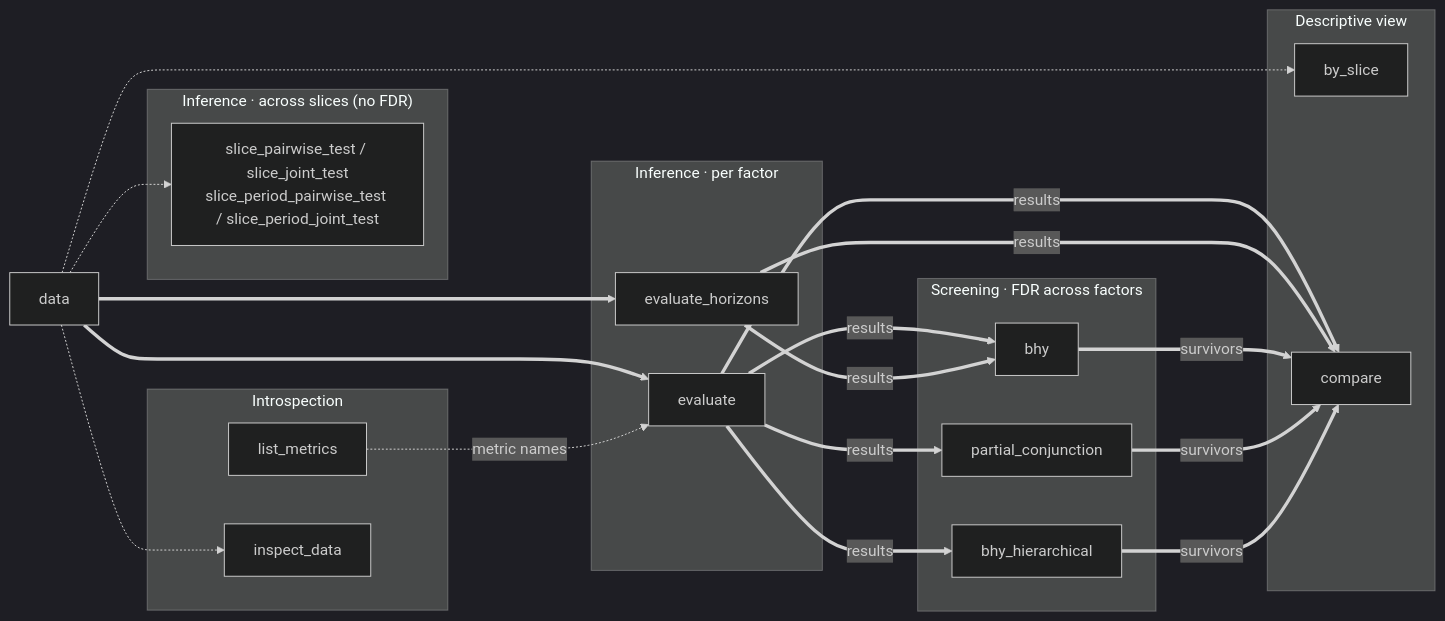
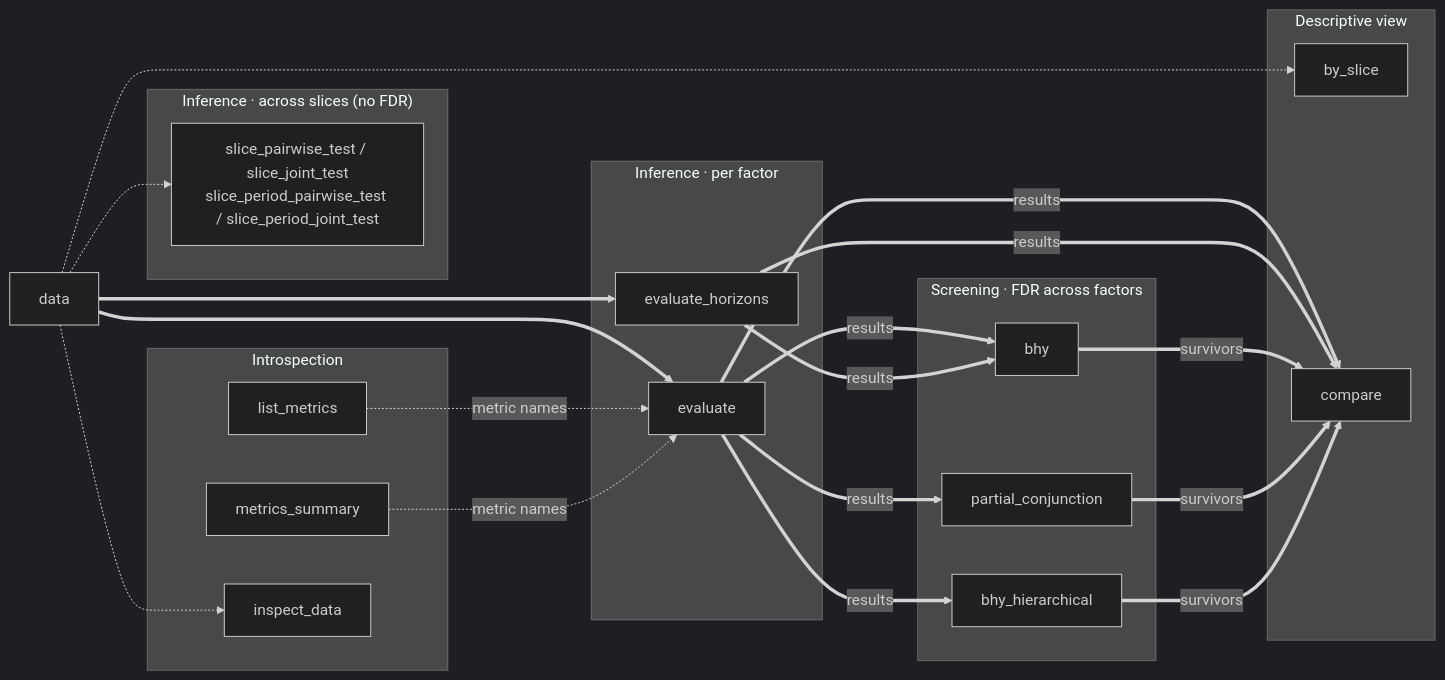
The diagram in docs/api/index.md (awwesomeman/factrix), drawn with Mermaid (dark theme) before and after one commit. The commit also changed other lines of this file and 8 other files, not shown here.

First line of the commit message:
docs(api): surface metrics_summary and rename panel-schema to data-schema

````diff
--- a/docs/api/index.md
+++ b/docs/api/index.md
@@ -9,56 +9,59 @@
 ```mermaid
 flowchart LR
     P[data]
 
     subgraph PerFactor["Inference · per factor"]
         EV[evaluate]
         EVH[evaluate_horizons]
     end
 
     subgraph Screening["Screening · FDR across factors"]
         BHY[bhy]
         PC[partial_conjunction]
         BHYH[bhy_hierarchical]
     end
 
     subgraph Slices["Inference · across slices (no FDR)"]
         ST["slice_pairwise_test / slice_joint_test<br/>slice_period_pairwise_test / slice_period_joint_test"]
     end
 
     subgraph View["Descriptive view"]
         BS[by_slice]
         CMP[compare]
     end
 
     subgraph Introspection
         LM[list_metrics]
+        MS[metrics_summary]
         ID[inspect_data]
     end
 
     P ==> EV
     P ==> EVH
     P -.-> BS
     P -.-> ST
     P -.-> ID
     EV ==>|results| BHY
     EV ==>|results| PC
     EV ==>|results| BHYH
     EV ==>|results| CMP
     EVH ==>|results| BHY
     EVH ==>|results| CMP
     BHY ==>|survivors| CMP
     PC ==>|survivors| CMP
     BHYH ==>|survivors| CMP
     LM -.->|metric names| EV
+    MS -.->|metric names| EV
 
     click EV "evaluate/" "evaluate API"
     click EVH "evaluate/#factrix.evaluate_horizons" "evaluate_horizons API"
     click BS "by-slice/" "by_slice API"
     click ST "slice-test/" "slice tests — cross-sectional + period-disjoint API"
     click BHY "multi-factor/" "bhy API"
     click PC "partial-conjunction/" "partial_conjunction API"
     click BHYH "bhy-hierarchical/" "bhy_hierarchical API"
     click LM "metrics/#factrix.list_metrics" "list_metrics API"
+    click MS "metrics/#factrix.metrics_summary" "metrics_summary API"
     click CMP "compare/" "compare API"
     click ID "inspect-data/" "inspect_data API"
 ```
````
